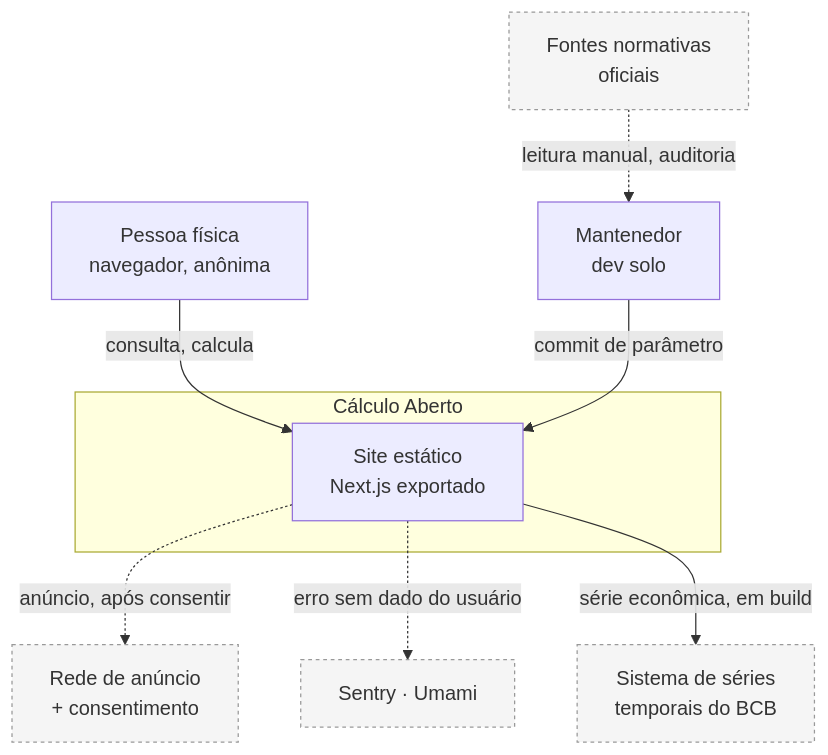
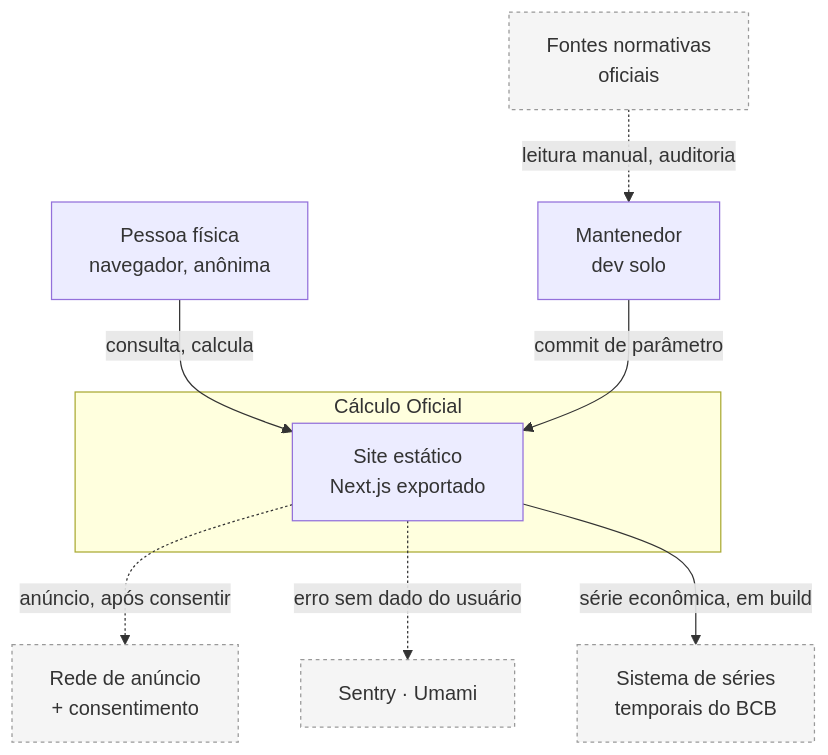
The first of 4 diagrams in docs/04-architecture.md (ottodigitalmedia/calculo-oficial), drawn with Mermaid before and after one commit. The commit also changed other lines of this file and 30 other files, not shown here.

First line of the commit message:
chore(marca): renomeia o produto para Cálculo Oficial e fixa o domínio

````diff
--- a/docs/04-architecture.md
+++ b/docs/04-architecture.md
@@ -19,24 +19,24 @@
 ```mermaid
 graph TB
     U["Pessoa física<br/>navegador, anônima"]
     M["Mantenedor<br/>dev solo"]
 
-    subgraph SIS["Cálculo Aberto"]
+    subgraph SIS["Cálculo Oficial"]
         APP["Site estático<br/>Next.js exportado"]
     end
 
     BCB["Sistema de séries<br/>temporais do BCB"]
     ADS["Rede de anúncio<br/>+ consentimento"]
     OBS["Sentry · Umami"]
     NORM["Fontes normativas<br/>oficiais"]
 
     U -->|"consulta, calcula"| APP
     APP -.->|"anúncio, após consentir"| ADS
     APP -.->|"erro sem dado do usuário"| OBS
     APP -->|"série econômica, em build"| BCB
     M -->|"commit de parâmetro"| APP
     NORM -.->|"leitura manual, auditoria"| M
 
     classDef ext fill:#f5f5f5,stroke:#999,stroke-dasharray:3 3
     class BCB,ADS,OBS,NORM ext
 ```
````
